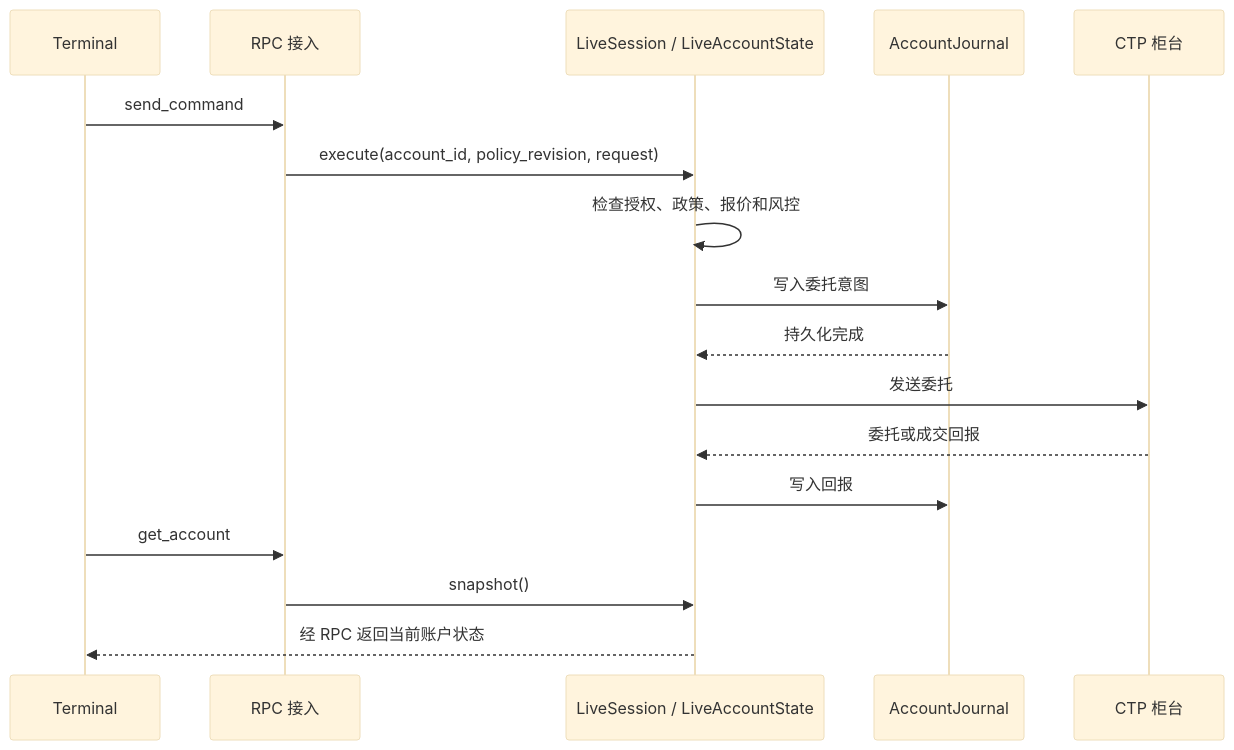
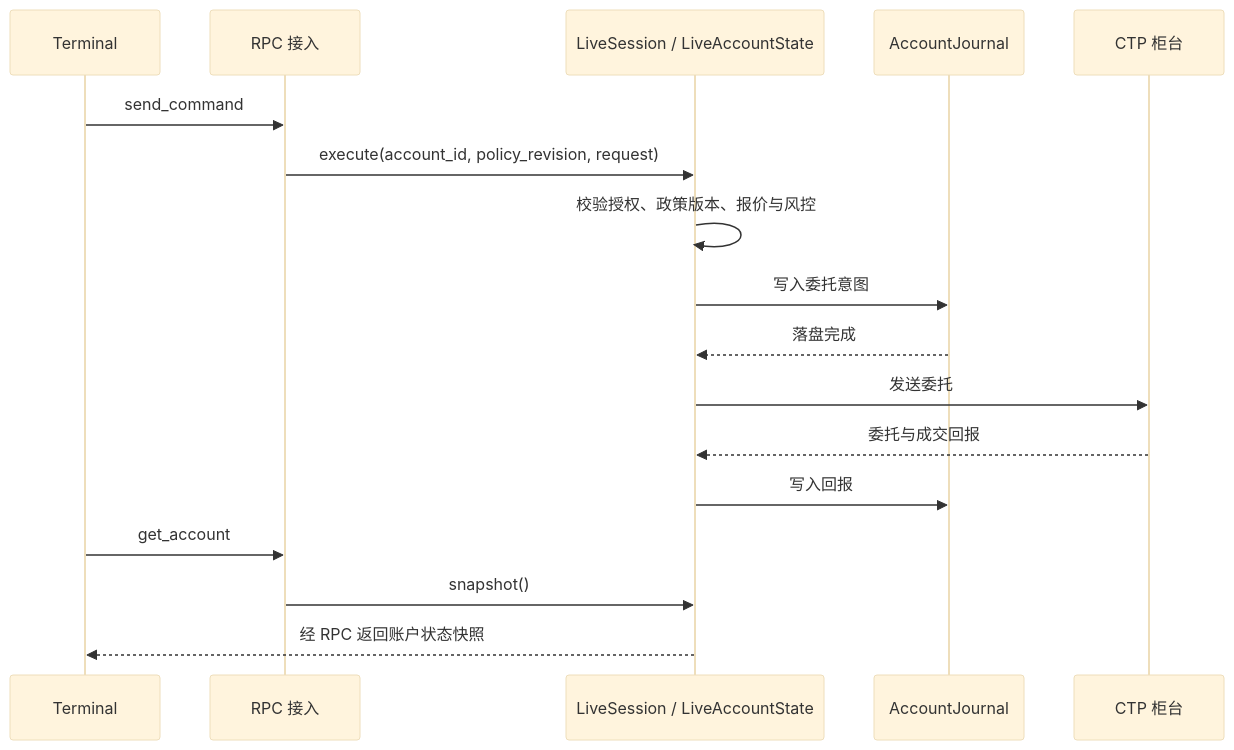
One commit to isqiwen/asterion-terminal changed the third of 4 diagrams in docs/trading/architecture.md. Above: the diagram before and after it, drawn with Mermaid (base theme). The commit also changed other lines of this file and 26 other files, not shown here.

````diff
--- a/docs/trading/architecture.md
+++ b/docs/trading/architecture.md
@@ -65,19 +65,19 @@
 ```mermaid
 sequenceDiagram
     participant UI as Terminal
     participant RPC as RPC 接入
     participant Account as LiveSession / LiveAccountState
     participant Journal as AccountJournal
     participant CTP as CTP 柜台
     UI->>RPC: send_command
     RPC->>Account: execute(account_id, policy_revision, request)
-    Account->>Account: 检查授权、政策、报价和风控
+    Account->>Account: 校验授权、政策版本、报价与风控
     Account->>Journal: 写入委托意图
-    Journal-->>Account: 持久化完成
+    Journal-->>Account: 落盘完成
     Account->>CTP: 发送委托
-    CTP-->>Account: 委托或成交回报
+    CTP-->>Account: 委托与成交回报
     Account->>Journal: 写入回报
     UI->>RPC: get_account
     RPC->>Account: snapshot()
-    Account-->>UI: 经 RPC 返回当前账户状态
+    Account-->>UI: 经 RPC 返回账户状态快照
 ```
````
